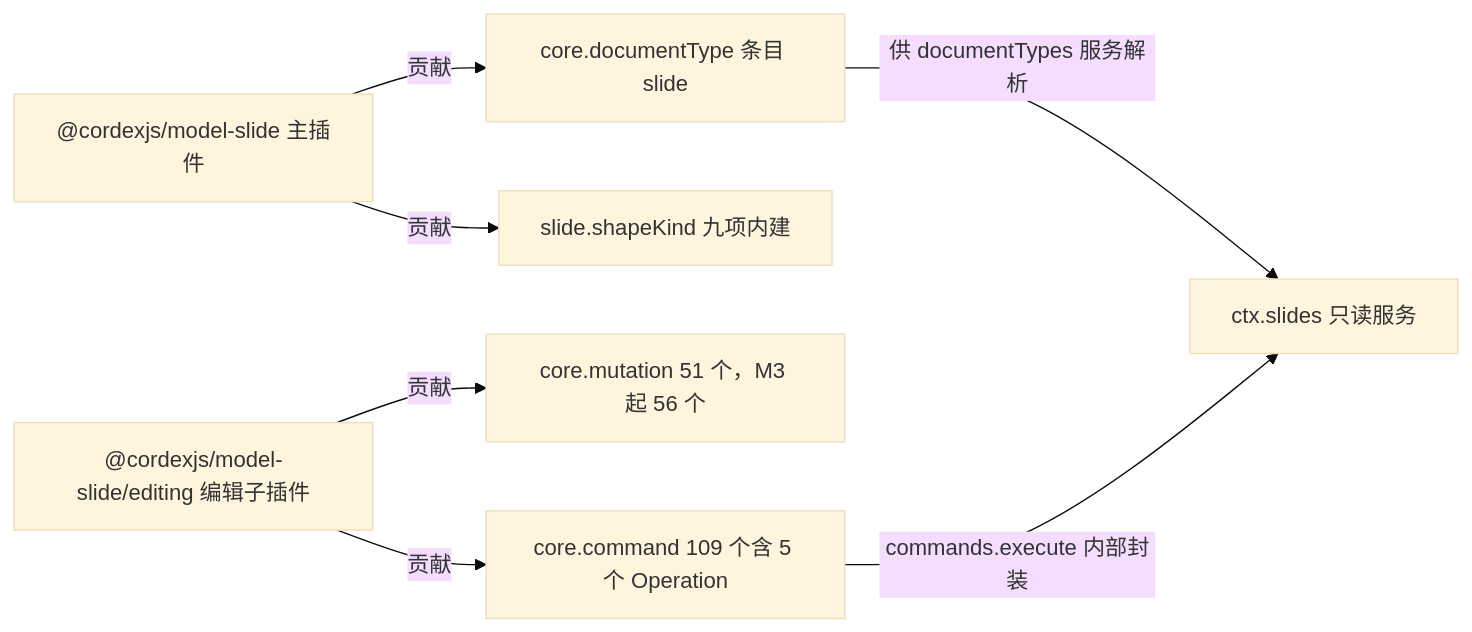
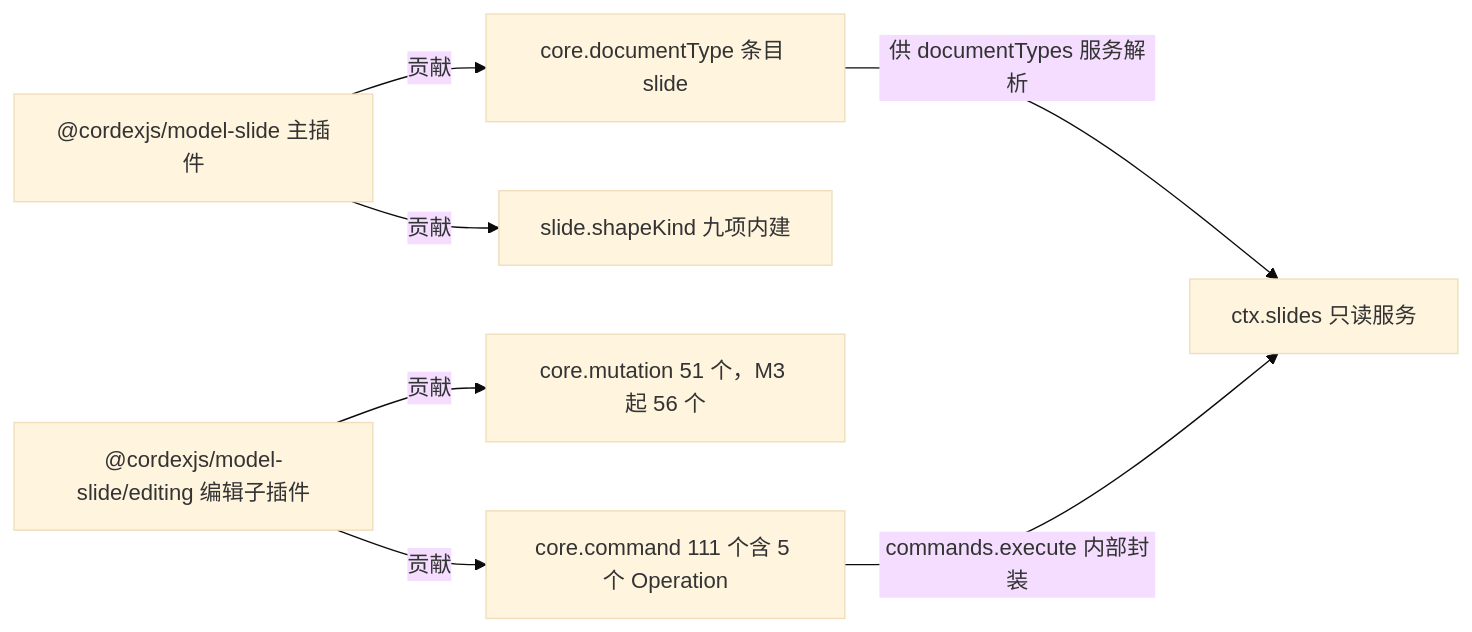
The sixth of 9 diagrams in docs/40-modules/03-slide-domain-model.md (Xeonice/cordis-ppt-editor), drawn with Mermaid (base theme) before and after one commit. The commit also changed other lines of this file and 43 other files, not shown here.

````diff
--- a/docs/40-modules/03-slide-domain-model.md
+++ b/docs/40-modules/03-slide-domain-model.md
@@ -505,16 +512,16 @@
 ```mermaid
 flowchart LR
   pluginMain["@cordexjs/model-slide 主插件"]
   pluginEditing["@cordexjs/model-slide/editing 编辑子插件"]
   pointDocType["core.documentType 条目 slide"]
   pointShapeKind["slide.shapeKind 九项内建"]
   pointMutation["core.mutation 51 个，M3 起 56 个"]
-  pointCommand["core.command 109 个含 5 个 Operation"]
+  pointCommand["core.command 111 个含 5 个 Operation"]
   serviceSlides["ctx.slides 只读服务"]
   pluginMain -- "贡献" --> pointDocType
   pluginMain -- "贡献" --> pointShapeKind
   pluginEditing -- "贡献" --> pointMutation
   pluginEditing -- "贡献" --> pointCommand
   pointDocType -- "供 documentTypes 服务解析" --> serviceSlides
   pointCommand -- "commands.execute 内部封装" --> serviceSlides
 ```
````
